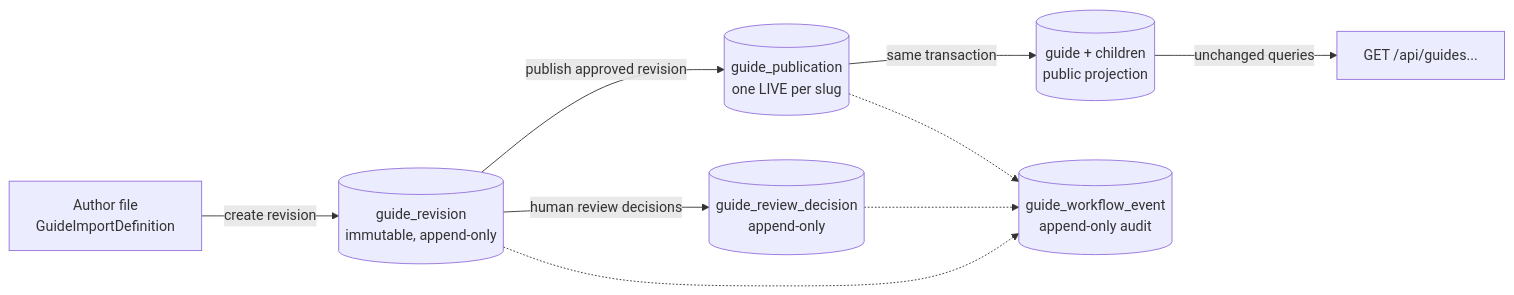
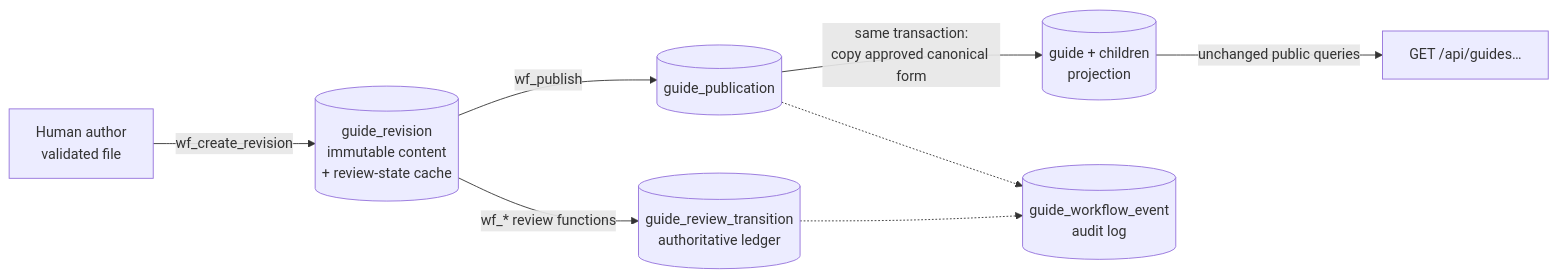
Before and after one commit to life-in-uk/backend: the first of 6 diagrams in docs/guide-legal-review-publication-architecture.md, drawn with Mermaid. The commit also changed other lines of this file, not shown here.

Commit message:
docs: refine Guide review and publication architecture (#46)

````diff
--- a/docs/guide-legal-review-publication-architecture.md
+++ b/docs/guide-legal-review-publication-architecture.md
@@ -103,12 +109,11 @@
 ```mermaid
 flowchart LR
-    A[Author file<br/>GuideImportDefinition] -->|create revision| R[(guide_revision<br/>immutable, append-only)]
-    R -->|human review decisions| D[(guide_review_decision<br/>append-only)]
-    R -->|publish approved revision| P[(guide_publication<br/>one LIVE per slug)]
-    P -->|same transaction| G[(guide + children<br/>public projection)]
-    G -->|unchanged queries| API[GET /api/guides...]
-    E[(guide_workflow_event<br/>append-only audit)]
-    R -.-> E
-    D -.-> E
+    A[Human author<br/>validated file] -->|wf_create_revision| R[(guide_revision<br/>immutable content<br/>+ review-state cache)]
+    R -->|wf_* review functions| L[(guide_review_transition<br/>authoritative ledger)]
+    R -->|wf_publish| P[(guide_publication)]
+    P -->|same transaction:<br/>copy approved canonical form| G[(guide + children<br/>projection)]
+    G -->|unchanged public queries| API[GET /api/guides…]
+    E[(guide_workflow_event<br/>audit log)]
+    L -.-> E
     P -.-> E
 ```
````
